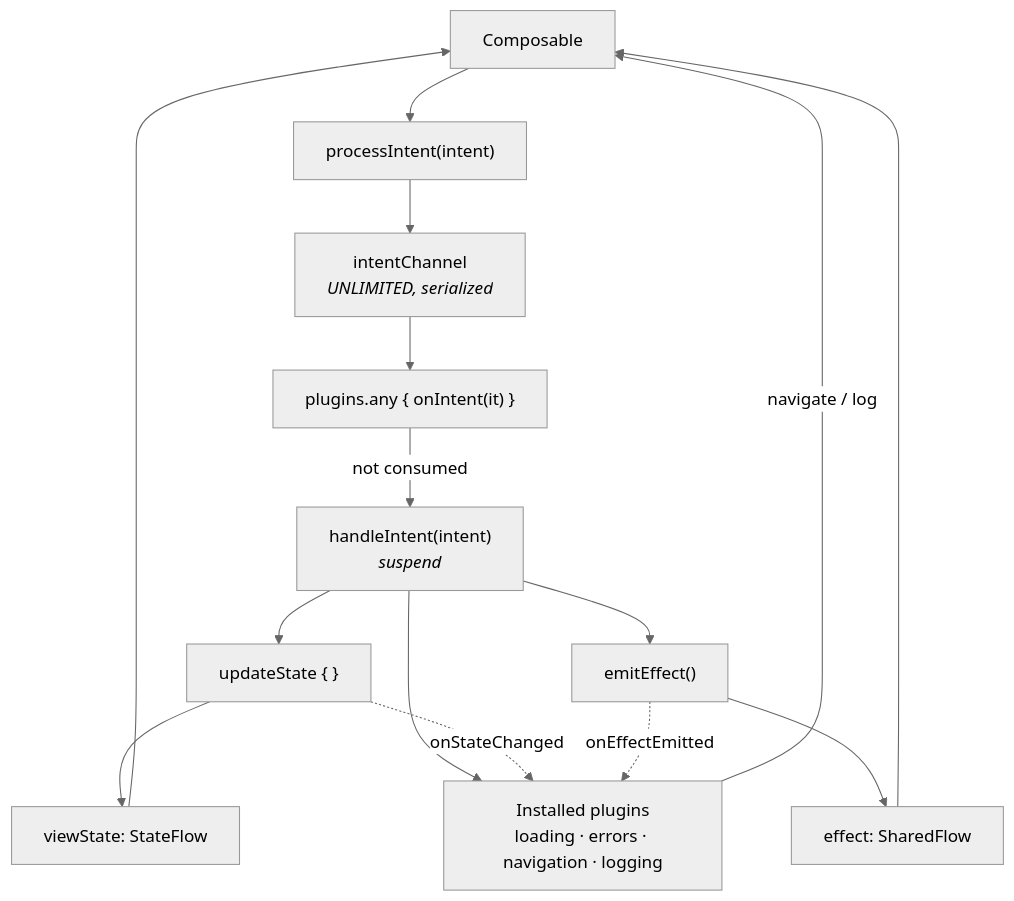
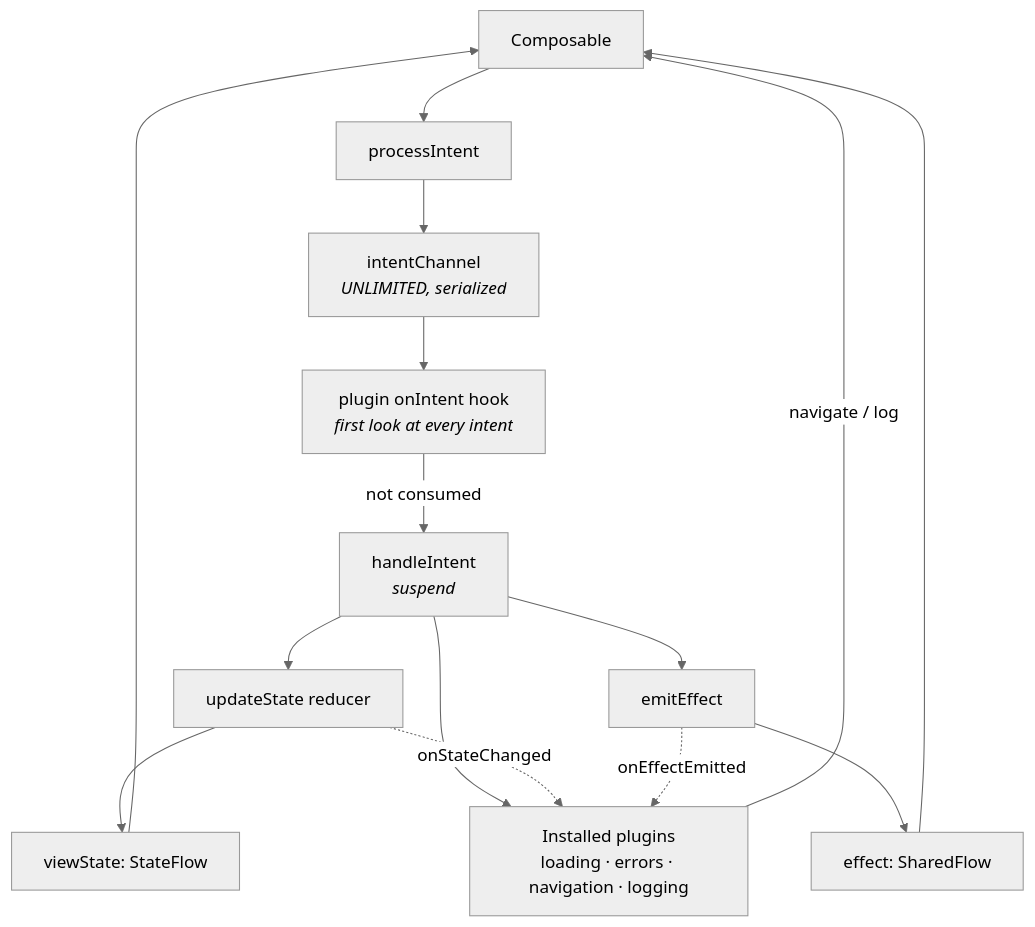
The third of 5 diagrams in README.md (Alinasser96/MVIdelg), drawn with Mermaid (neutral theme) before and after one commit. The commit also changed other lines of this file, not shown here.

First line of the commit message:
Add architecture diagrams to the README

````diff
--- a/README.md
+++ b/README.md
@@ -102,22 +167,22 @@
 ```mermaid
 flowchart TB
     UI["Composable"]
-    PI["processIntent(intent)"]
+    PI["processIntent"]
     CH["intentChannel<br/><i>UNLIMITED, serialized</i>"]
-    HOOK["plugins.any { onIntent(it) }"]
-    HI["handleIntent(intent)<br/><i>suspend</i>"]
-    US["updateState { }"]
-    EE["emitEffect()"]
+    HOOK["plugin onIntent hook<br/><i>first look at every intent</i>"]
+    HI["handleIntent<br/><i>suspend</i>"]
+    US["updateState reducer"]
+    EE["emitEffect"]
     VS["viewState: StateFlow"]
     EF["effect: SharedFlow"]
     PL["Installed plugins<br/>loading · errors · navigation · logging"]
 
     UI --> PI --> CH --> HOOK
     HOOK -- "not consumed" --> HI
     HI --> US --> VS --> UI
     HI --> EE --> EF --> UI
     HI --> PL
     US -. "onStateChanged" .-> PL
     EE -. "onEffectEmitted" .-> PL
     PL -- "navigate / log" --> UI
 ```
````
